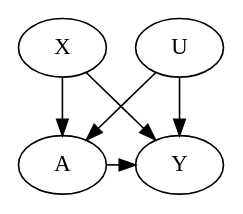
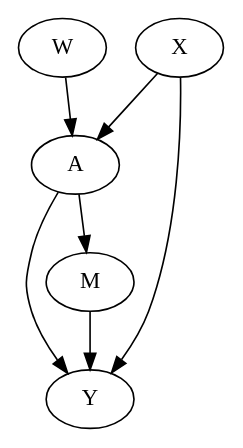
One commit to omesner/UMSTATS504 changed diagram 19 of 26 in causalInf/causal.Rmd. Above: the diagram before and after it, drawn with Graphviz. The commit also changed other lines of this file and 6 other files, not shown here.

````diff
--- a/causalInf/causal.Rmd
+++ b/causalInf/causal.Rmd
@@ -635,9 +1208,10 @@
-```{dot unmeasured, out.width = "30%", echo=FALSE}
+```{dot mediated, out.width = "20%", echo=FALSE}
 digraph G {
   X -> A
+  W -> A
   X -> Y
-  U -> A
-  U -> Y
-  A -> Y [constraint=false]
+  A -> M
+  M -> Y
+  A -> Y
 }
 ```
````
